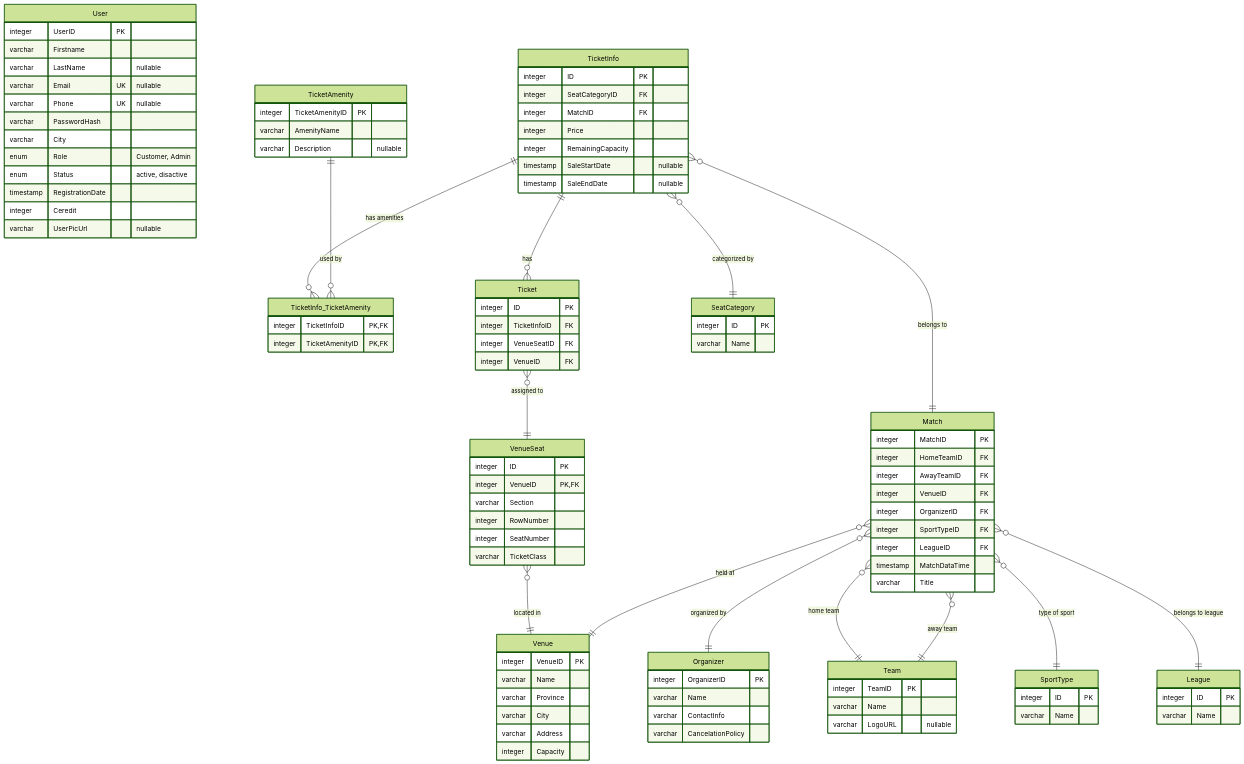
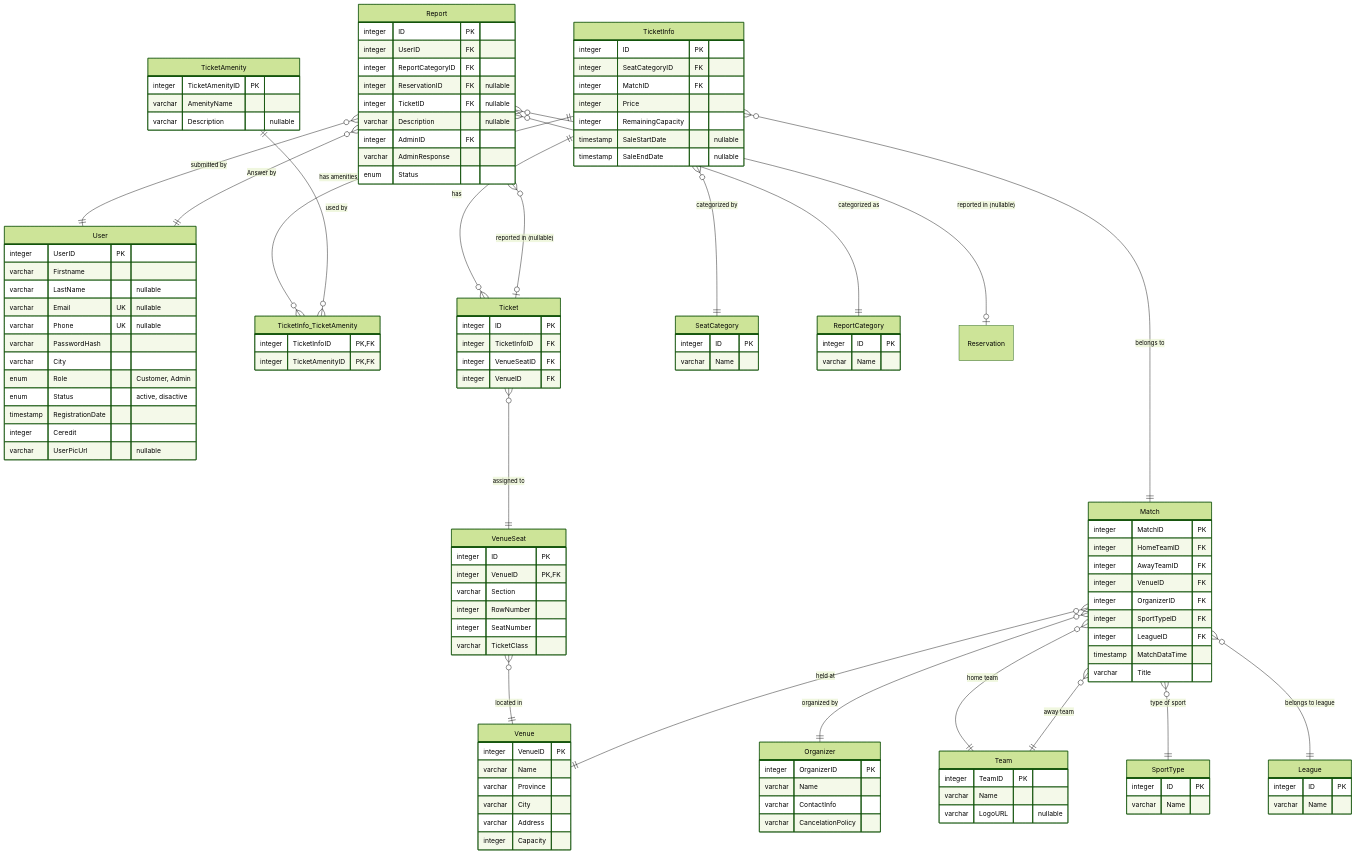
One commit to smhhd/BookTheGame changed the diagram in sql.mmd. Above: the diagram before and after it, drawn with Mermaid (forest theme).

Commit message:
add report table for storing user reports

```diff
--- a/sql.mmd
+++ b/sql.mmd
@@ -1,113 +1,134 @@
 erDiagram
     User {
         integer UserID PK
         varchar Firstname
         varchar LastName "nullable"
         varchar Email UK "nullable"
         varchar Phone UK "nullable"
         varchar PasswordHash
         varchar City
         enum Role "Customer, Admin"
         enum Status "active, disactive"
         timestamp RegistrationDate
         integer Ceredit
         varchar UserPicUrl "nullable"
     }
 
     TicketInfo {
         integer ID PK
         integer SeatCategoryID FK
         integer MatchID FK
         integer Price
         integer RemainingCapacity
         timestamp SaleStartDate "nullable"
         timestamp SaleEndDate "nullable"
     }
 
     TicketAmenity {
         integer TicketAmenityID PK
         varchar AmenityName
         varchar Description "nullable"
     }
 
     TicketInfo_TicketAmenity {
         integer TicketInfoID PK,FK
         integer TicketAmenityID PK,FK
     }
 
     Ticket {
         integer ID PK
         integer TicketInfoID FK
         integer VenueSeatID FK
         integer VenueID FK
     }
 
     SeatCategory {
         integer ID PK
         varchar Name
     }
 
     Match {
         integer MatchID PK
         integer HomeTeamID FK
         integer AwayTeamID FK
         integer VenueID FK
         integer OrganizerID FK
         integer SportTypeID FK
         integer LeagueID FK
         timestamp MatchDataTime
         varchar Title
     }
     Venue {
         integer VenueID PK
         varchar Name
         varchar Province
         varchar City
         varchar Address
         integer Capacity
     }
     Organizer {
         integer OrganizerID PK
         varchar Name
         varchar ContactInfo
         varchar CancelationPolicy
     }
     Team {
         integer TeamID PK
         varchar Name
         varchar LogoURL "nullable"
     }
     SportType {
         integer ID PK
         varchar Name
     }
     League {
         integer ID PK
         varchar Name
     }
     VenueSeat {
         integer ID PK
         integer VenueID PK,FK
         varchar Section
         integer RowNumber
         integer SeatNumber
         varchar TicketClass
     }
+    Report {
+        integer ID PK
+        integer UserID FK
+        integer ReportCategoryID FK
+        integer ReservationID FK "nullable"
+        integer TicketID FK "nullable"
+        varchar Description "nullable"
+        integer AdminID FK
+        varchar AdminResponse
+        enum Status
+    }
+    ReportCategory {
+        integer ID PK
+        varchar Name
+    }
 
     %% Relationships
     TicketInfo }o--|| Match : "belongs to"
     TicketInfo }o--|| SeatCategory : "categorized by"
     TicketInfo ||--o{ Ticket : "has"
     TicketInfo ||--o{ TicketInfo_TicketAmenity : "has amenities"
     TicketAmenity ||--o{ TicketInfo_TicketAmenity : "used by"
 
     Ticket }o--|| VenueSeat : "assigned to"
 
     VenueSeat }o--|| Venue : "located in"
 
     Match }o--|| Venue : "held at"
     Match }o--|| Organizer : "organized by"
     Match }o--|| Team : "home team"
     Match }o--|| Team : "away team"
     Match }o--|| SportType : "type of sport"
     Match }o--|| League : "belongs to league"
+
+    Report }o--|| User : "submitted by"
+    Report }o--|| User : "Answer by"
+    Report }o--|| ReportCategory : "categorized as"
+    Report }o--o| Reservation : "reported in (nullable)"
+    Report }o--o| Ticket : "reported in (nullable)"
```
